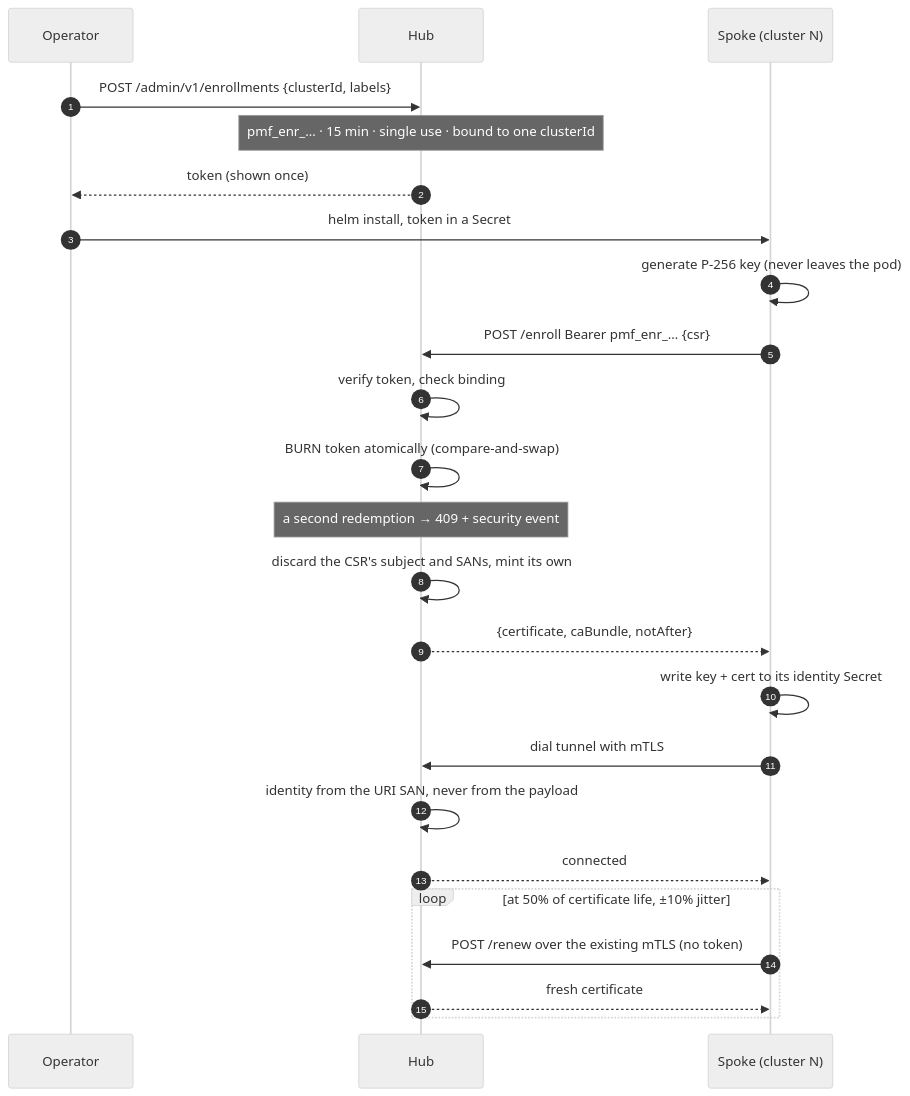
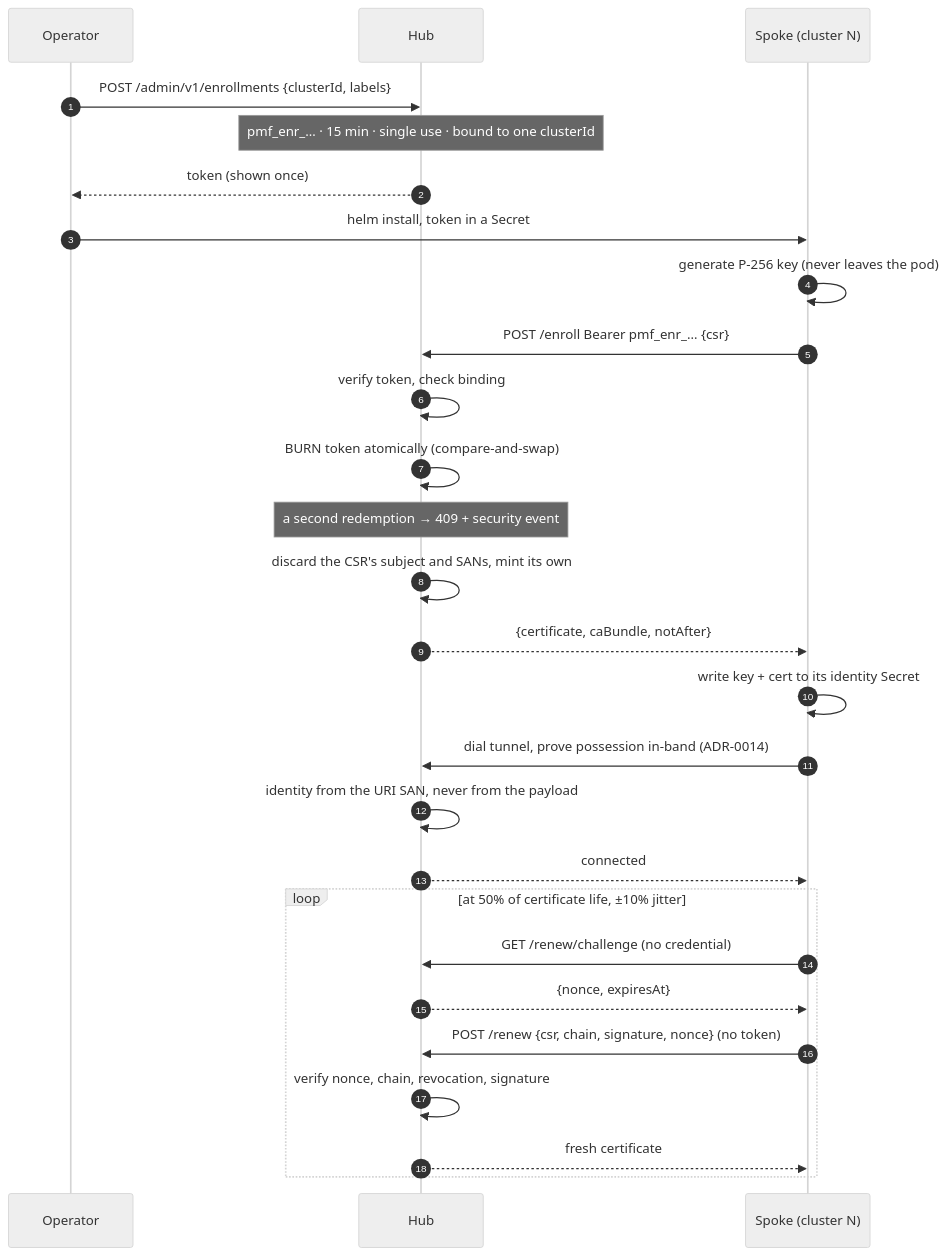
One commit to jacoknapp/prometheus-mcp-fleet changed the diagram in docs/spoke-enrollment.md. Above: the diagram before and after it, drawn with Mermaid (neutral theme). The commit also changed other lines of this file and 78 other files, not shown here.

First line of the commit message:
fix!: authenticate renewal in-band, and align the charts with the WebSocket tunnel

````diff
--- a/docs/spoke-enrollment.md
+++ b/docs/spoke-enrollment.md
@@ -29,30 +29,33 @@
 ```mermaid
 sequenceDiagram
     autonumber
     participant Op as Operator
     participant Hub
     participant Spoke as Spoke (cluster N)
 
     Op->>Hub: POST /admin/v1/enrollments {clusterId, labels}
     Note over Hub: pmf_enr_… · 15 min · single use · bound to one clusterId
     Hub-->>Op: token (shown once)
     Op->>Spoke: helm install, token in a Secret
 
     Spoke->>Spoke: generate P-256 key (never leaves the pod)
     Spoke->>Hub: POST /enroll  Bearer pmf_enr_…  {csr}
     Hub->>Hub: verify token, check binding
     Hub->>Hub: BURN token atomically (compare-and-swap)
     Note over Hub: a second redemption → 409 + security event
     Hub->>Hub: discard the CSR's subject and SANs, mint its own
     Hub-->>Spoke: {certificate, caBundle, notAfter}
     Spoke->>Spoke: write key + cert to its identity Secret
 
-    Spoke->>Hub: dial tunnel with mTLS
+    Spoke->>Hub: dial tunnel, prove possession in-band (ADR-0014)
     Hub->>Hub: identity from the URI SAN, never from the payload
     Hub-->>Spoke: connected
 
     loop at 50% of certificate life, ±10% jitter
-        Spoke->>Hub: POST /renew over the existing mTLS (no token)
+        Spoke->>Hub: GET /renew/challenge (no credential)
+        Hub-->>Spoke: {nonce, expiresAt}
+        Spoke->>Hub: POST /renew {csr, chain, signature, nonce} (no token)
+        Hub->>Hub: verify nonce, chain, revocation, signature
         Hub-->>Spoke: fresh certificate
     end
 ```
````
